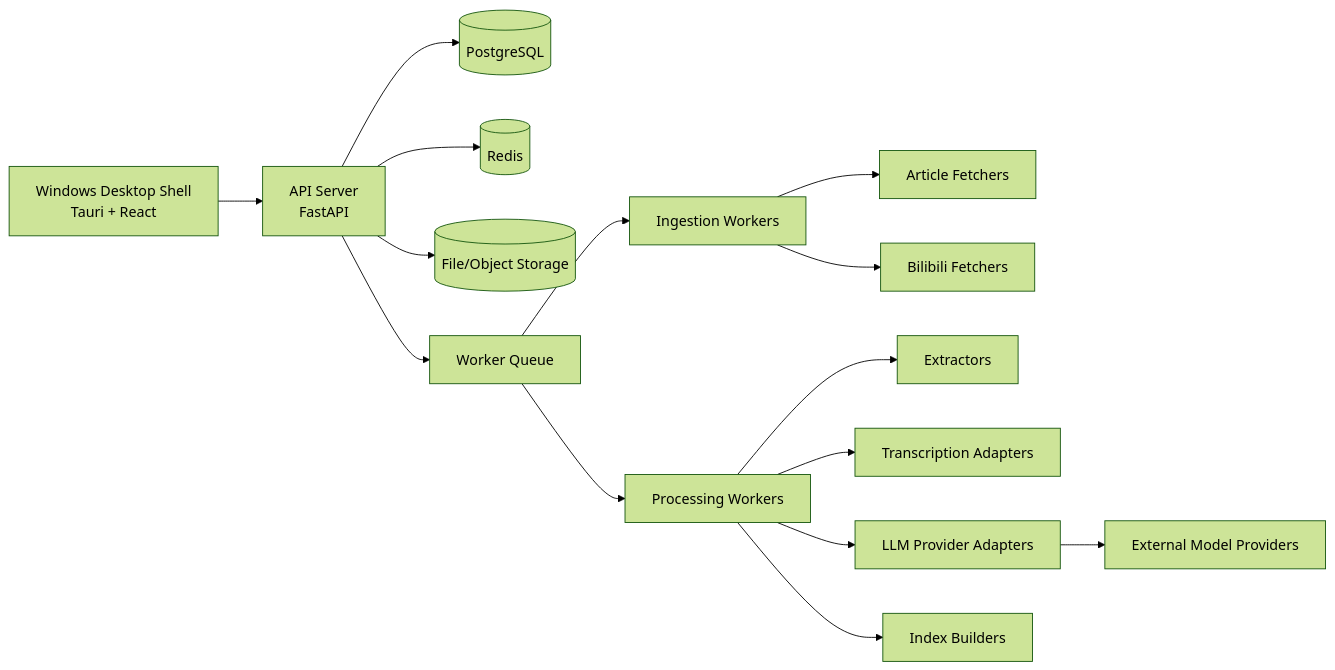
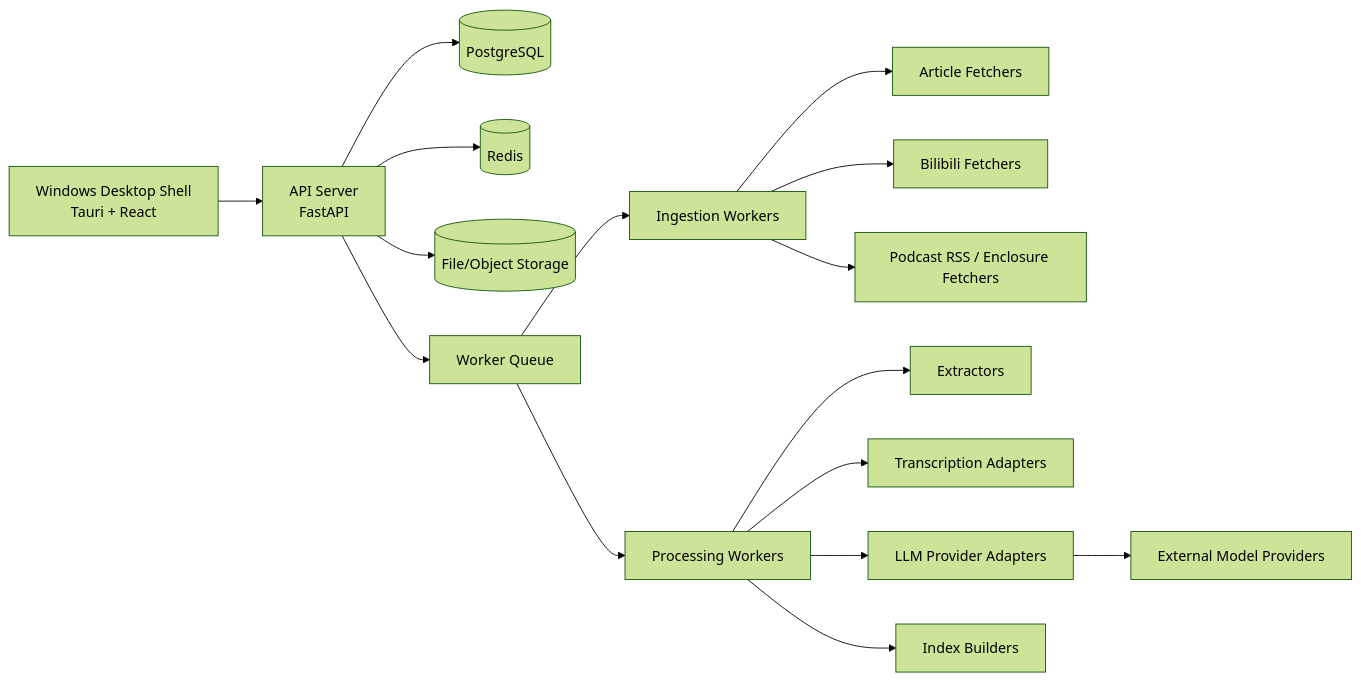
Before and after one commit to Wh1te0ne/OneRadar: the first of 5 diagrams in docs/architecture_v1.md, drawn with Mermaid (forest theme). The commit also changed other lines of this file and 80 other files, not shown here.

````diff
--- a/docs/architecture_v1.md
+++ b/docs/architecture_v1.md
@@ -33,17 +34,18 @@
 ```mermaid
 flowchart LR
   UI[Windows Desktop Shell\nTauri + React] --> API[API Server\nFastAPI]
   API --> PG[(PostgreSQL)]
   API --> REDIS[(Redis)]
   API --> OBJ[(File/Object Storage)]
   API --> W[Worker Queue]
   W --> ING[Ingestion Workers]
   W --> PROC[Processing Workers]
   ING --> SRC1[Article Fetchers]
   ING --> SRC2[Bilibili Fetchers]
+  ING --> SRC3[Podcast RSS / Enclosure Fetchers]
   PROC --> EX[Extractors]
   PROC --> TR[Transcription Adapters]
   PROC --> AI[LLM Provider Adapters]
   PROC --> IX[Index Builders]
   AI --> EXT[External Model Providers]
 ```
````
